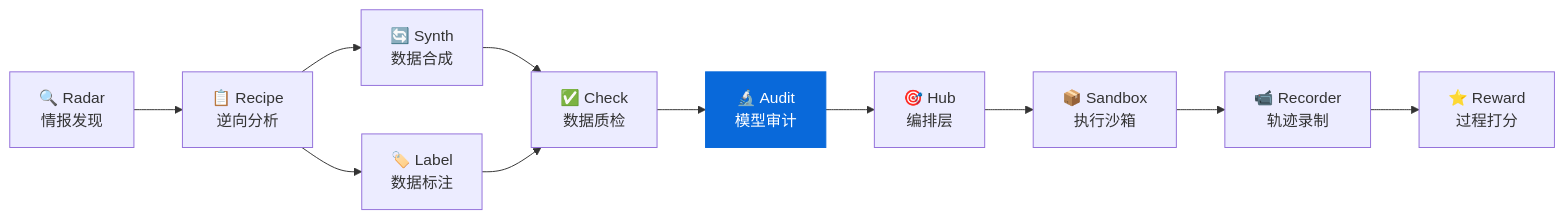
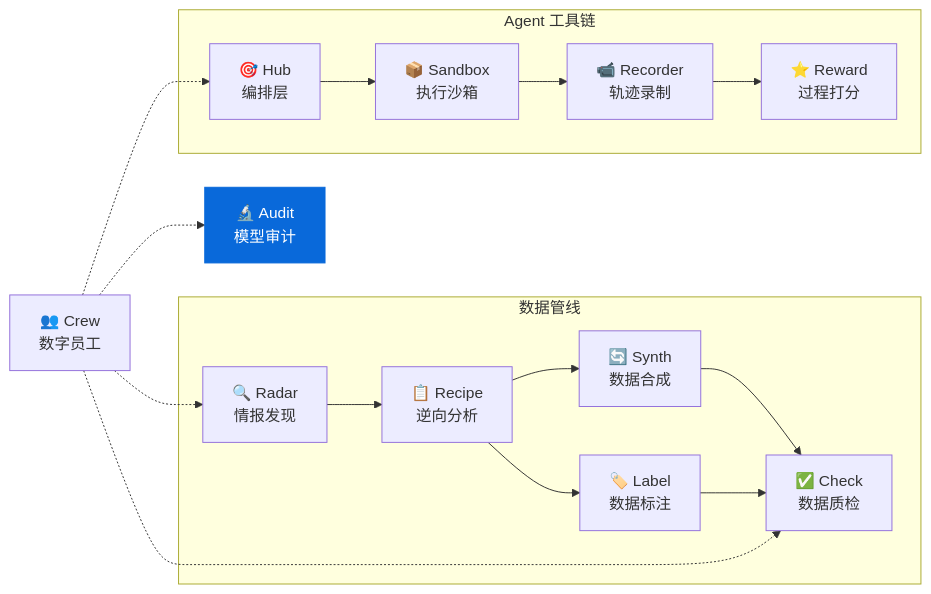
One commit to liuxiaotong/model-audit changed the diagram in README.md. Above: the diagram before and after it, drawn with Mermaid. The commit also changed other lines of this file, not shown here.

Commit message:
docs: 更新生态表格和 Mermaid 图，新增 Crew 项目

````diff
--- a/README.md
+++ b/README.md
@@ -340,14 +341,22 @@
 ```mermaid
 graph LR
-    Radar["🔍 Radar<br/>情报发现"] --> Recipe["📋 Recipe<br/>逆向分析"]
-    Recipe --> Synth["🔄 Synth<br/>数据合成"]
-    Recipe --> Label["🏷️ Label<br/>数据标注"]
-    Synth --> Check["✅ Check<br/>数据质检"]
-    Label --> Check
-    Check --> Audit["🔬 Audit<br/>模型审计"]
-    Audit --> Hub["🎯 Hub<br/>编排层"]
-    Hub --> Sandbox["📦 Sandbox<br/>执行沙箱"]
-    Sandbox --> Recorder["📹 Recorder<br/>轨迹录制"]
-    Recorder --> Reward["⭐ Reward<br/>过程打分"]
+    subgraph 数据管线
+        Radar["🔍 Radar<br/>情报发现"] --> Recipe["📋 Recipe<br/>逆向分析"]
+        Recipe --> Synth["🔄 Synth<br/>数据合成"]
+        Recipe --> Label["🏷️ Label<br/>数据标注"]
+        Synth --> Check["✅ Check<br/>数据质检"]
+        Label --> Check
+    end
+    Audit["🔬 Audit<br/>模型审计"]
+    subgraph Agent 工具链
+        Hub["🎯 Hub<br/>编排层"] --> Sandbox["📦 Sandbox<br/>执行沙箱"]
+        Sandbox --> Recorder["📹 Recorder<br/>轨迹录制"]
+        Recorder --> Reward["⭐ Reward<br/>过程打分"]
+    end
+    Crew["👥 Crew<br/>数字员工"]
+    Crew -.-> Radar
+    Crew -.-> Check
+    Crew -.-> Audit
+    Crew -.-> Hub
     style Audit fill:#0969da,color:#fff,stroke:#0969da
 ```
````
